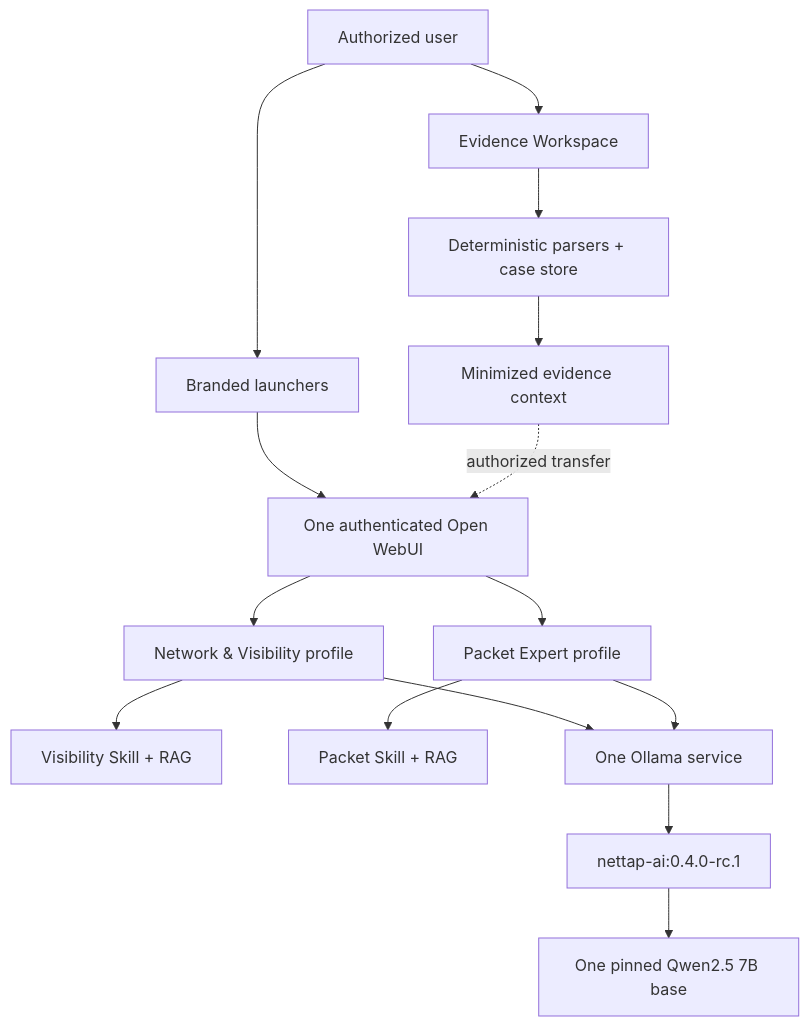
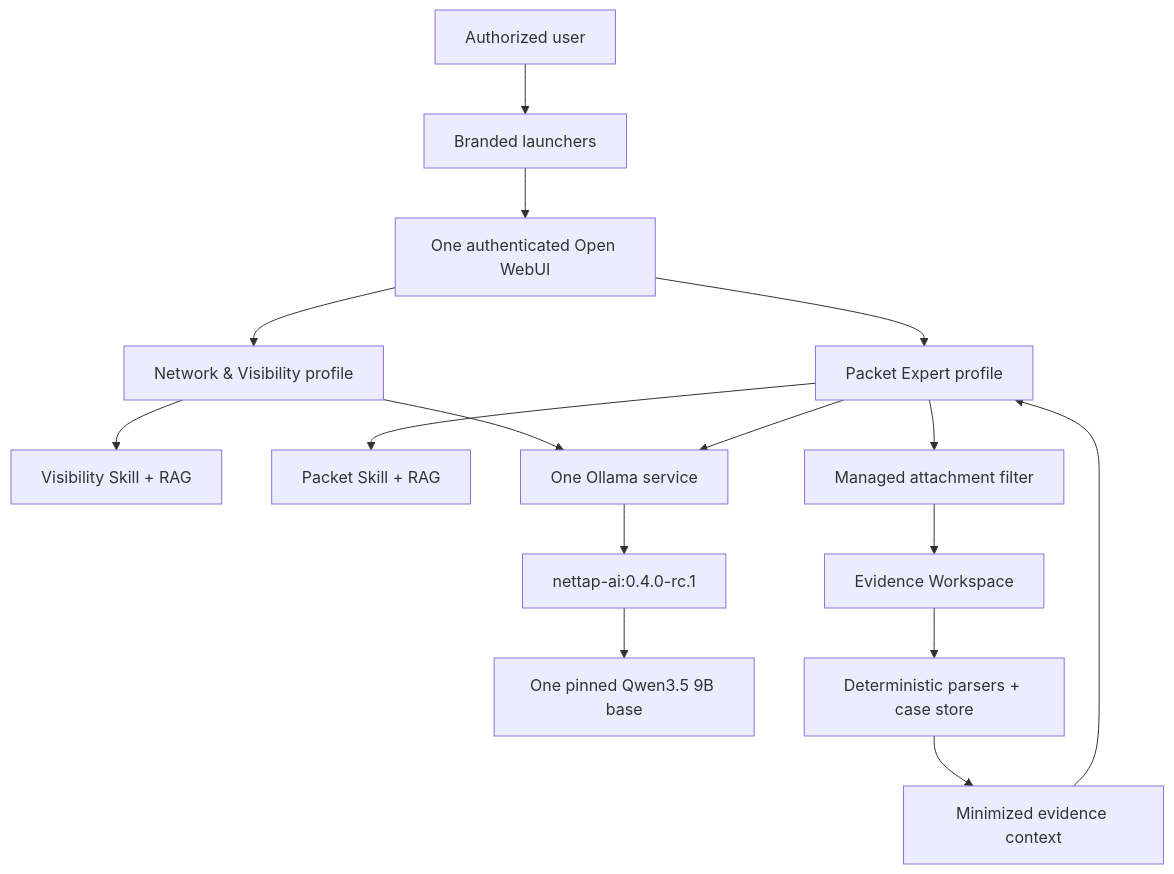
The first of 2 diagrams in docs/ARCHITECTURE.md (mpdwyer2367/nettap-packet-expert), drawn with Mermaid before and after one commit. The commit also changed other lines of this file and 24 other files, not shown here.

````diff
--- a/docs/ARCHITECTURE.md
+++ b/docs/ARCHITECTURE.md
@@ -7,17 +7,18 @@
 ```mermaid
 flowchart TB
     U["Authorized user"] --> L["Branded launchers"]
     L --> W["One authenticated Open WebUI"]
     W --> V["Network & Visibility profile"]
     W --> P["Packet Expert profile"]
     V --> VR["Visibility Skill + RAG"]
     P --> PR["Packet Skill + RAG"]
     V --> O["One Ollama service"]
     P --> O
     O --> M["nettap-ai:0.4.0-rc.1"]
-    M --> Q["One pinned Qwen2.5 7B base"]
-    U --> E["Evidence Workspace"]
+    M --> Q["One pinned Qwen3.5 9B base"]
+    P --> F["Managed attachment filter"]
+    F --> E["Evidence Workspace"]
     E --> D["Deterministic parsers + case store"]
     D --> X["Minimized evidence context"]
-    X -. "authorized transfer" .-> W
+    X --> P
 ```
````
